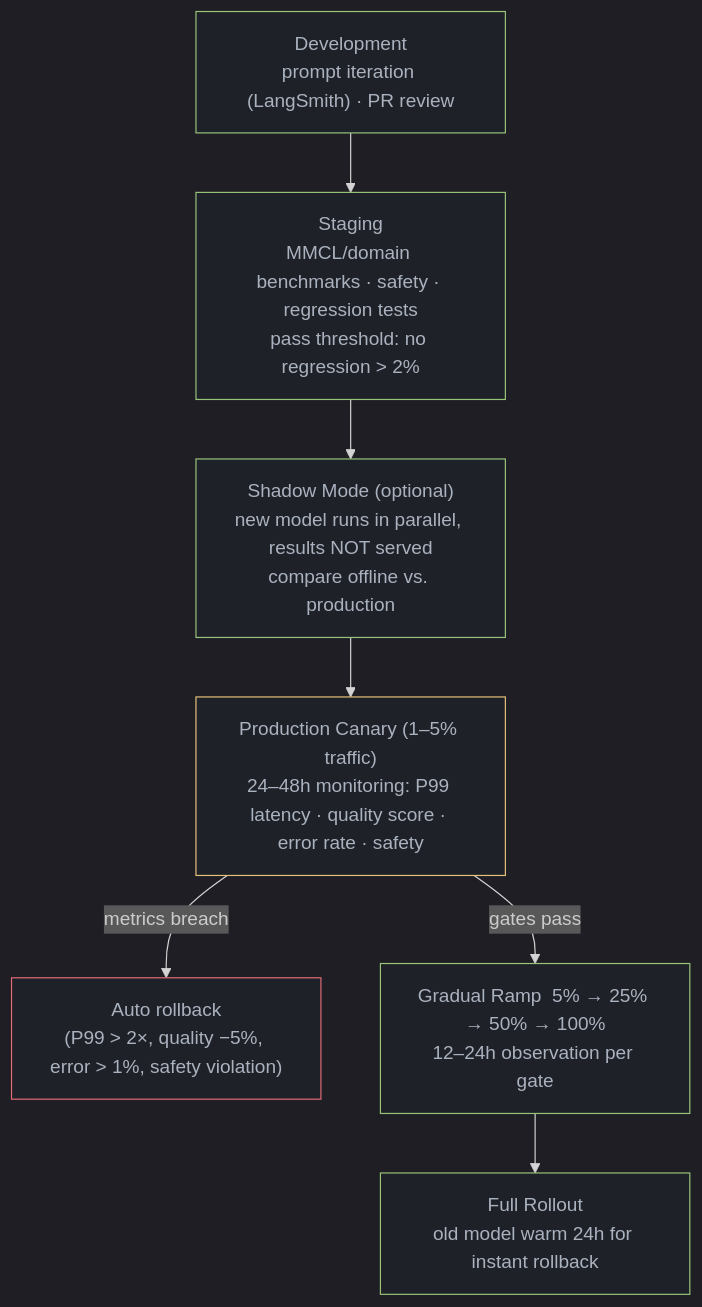
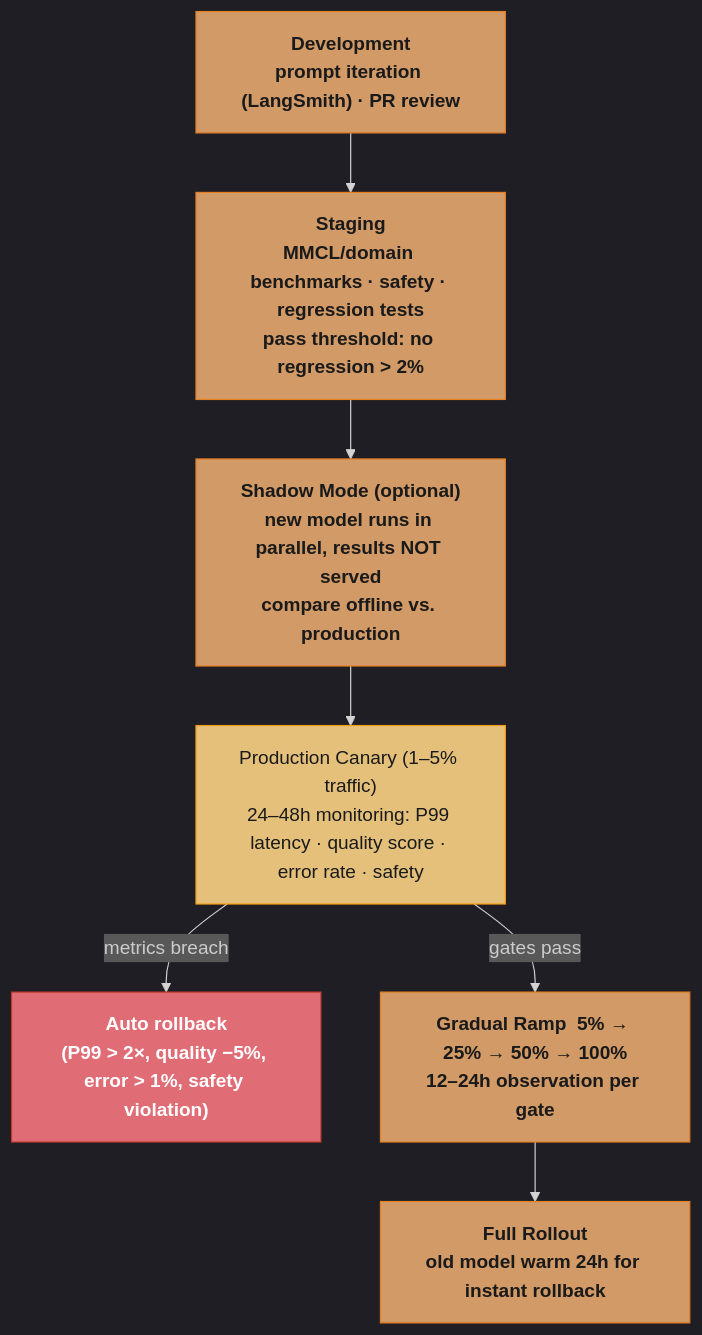
The second of 2 diagrams in src/main/java/com/rutik/systemdesign/llm/deployment_and_mlops/README.md (rppol/system-design), drawn with Mermaid before and after one commit. The commit also changed other lines of this file and 88 other files, not shown here.

````diff
--- a/src/main/java/com/rutik/systemdesign/llm/deployment_and_mlops/README.md
+++ b/src/main/java/com/rutik/systemdesign/llm/deployment_and_mlops/README.md
@@ -208,24 +212,27 @@
 ```mermaid
 %%{init: {'flowchart': {'curve': 'basis'}, 'theme': 'dark'}}%%
 flowchart TD
-    classDef io     fill:#282c34,stroke:#61afef,color:#abb2bf
-    classDef proc   fill:#1e2127,stroke:#98c379,color:#abb2bf
-    classDef decide fill:#1e2127,stroke:#e5c07b,color:#abb2bf
-    classDef warn   fill:#1e2127,stroke:#e06c75,color:#abb2bf
+    classDef io      fill:#61afef,stroke:#2e86c1,color:#1a1a1a,font-weight:bold
+    classDef frozen  fill:#c678dd,stroke:#9b59b6,color:#fff
+    classDef train   fill:#98c379,stroke:#27ae60,color:#1a1a1a
+    classDef mathOp  fill:#d19a66,stroke:#e67e22,color:#1a1a1a,font-weight:bold
+    classDef lossN   fill:#e06c75,stroke:#c0392b,color:#fff,font-weight:bold
+    classDef req     fill:#56b6c2,stroke:#0097a7,color:#1a1a1a
+    classDef base    fill:#e5c07b,stroke:#f39c12,color:#1a1a1a
 
     DEV["Development\nprompt iteration (LangSmith) · PR review"]
     STG["Staging\nMMCL/domain benchmarks · safety · regression tests\npass threshold: no regression > 2%"]
     SHADOW["Shadow Mode (optional)\nnew model runs in parallel, results NOT served\ncompare offline vs. production"]
     CAN["Production Canary (1–5% traffic)\n24–48h monitoring: P99 latency · quality score · error rate · safety"]
     ROLLBACK["Auto rollback\n(P99 > 2×, quality −5%, error > 1%, safety violation)"]
     RAMP["Gradual Ramp  5% → 25% → 50% → 100%\n12–24h observation per gate"]
     FULL["Full Rollout\nold model warm 24h for instant rollback"]
 
     DEV --> STG --> SHADOW --> CAN
     CAN -->|"metrics breach"| ROLLBACK
     CAN -->|"gates pass"| RAMP --> FULL
 
-    class DEV,STG,SHADOW,RAMP,FULL proc
-    class CAN decide
-    class ROLLBACK warn
+    class DEV,STG,SHADOW,RAMP,FULL mathOp
+    class CAN base
+    class ROLLBACK lossN
 ```
````
